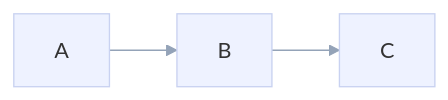
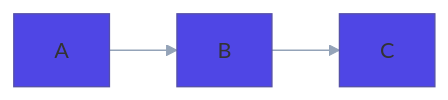
Diagram 27 of 27 in packages/skills-catalog/skills/(tooling)/mermaid-studio/references/diagram-types.md (tech-leads-club/agent-skills), drawn with Mermaid before and after one commit. The commit also changed other lines of this file and 6 other files, not shown here.

Commit message:
fix(skills-catalog): preserve mermaid palette identity in contrast fixes

````diff
--- a/packages/skills-catalog/skills/(tooling)/mermaid-studio/references/diagram-types.md
+++ b/packages/skills-catalog/skills/(tooling)/mermaid-studio/references/diagram-types.md
@@ -729,13 +729,13 @@
 ```mermaid
 ---
 config:
   theme: base
   look: classic
   layout: dagre
   themeVariables:
-    primaryColor: "#eef2ff"
+    primaryColor: "#4f46e5"
     lineColor: "#94a3b8"
 ---
 flowchart LR
     A --> B --> C
 ```
````
